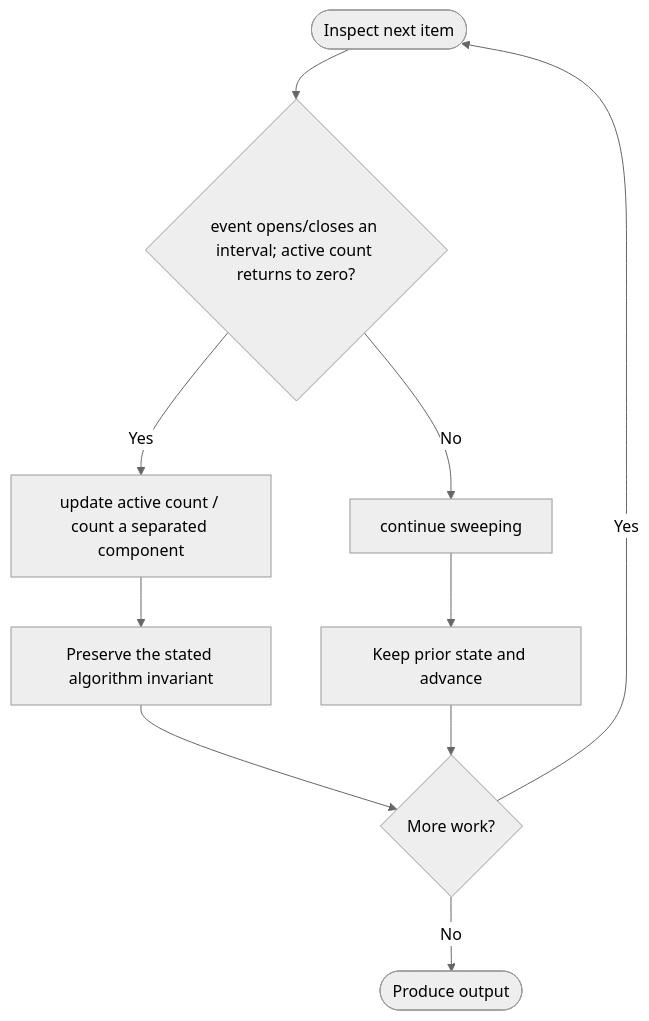
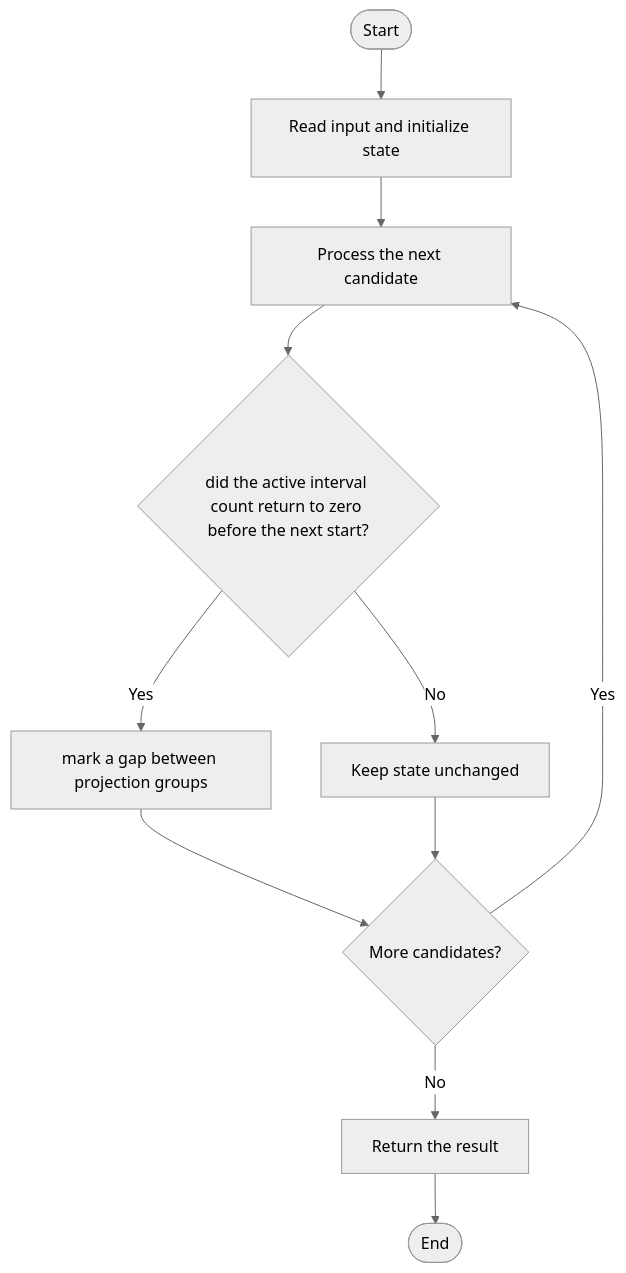
The diagram in LeetCode/3394/README.md (SAIDEEPBHANGE/C-CPP-Codes), drawn with Mermaid (neutral theme) before and after one commit. The commit also changed other lines of this file and 196 other files, not shown here.

````diff
--- a/LeetCode/3394/README.md
+++ b/LeetCode/3394/README.md
@@ -28,12 +27,13 @@
 ```mermaid
 flowchart TD
-    A([Inspect next item]) --> B{event opens/closes an interval; active count returns to zero?}
-    B -- Yes --> C[update active count / count a separated component]
-    B -- No --> D[continue sweeping]
-    C --> E[Preserve the stated algorithm invariant]
-    D --> F[Keep prior state and advance]
-    E --> G{More work?}
+    A([Start]) --> B[Read input and initialize state]
+    B --> C[Process the next candidate]
+    C --> D{did the active interval count return to zero before the next start?}
+    D -->|Yes| E[mark a gap between projection groups]
+    D -->|No| F[Keep state unchanged]
+    E --> G{More candidates?}
     F --> G
-    G -- Yes --> A
-    G -- No --> H([Produce output])
+    G -->|Yes| C
+    G -->|No| H[Return the result]
+    H --> I([End])
 ```
````
